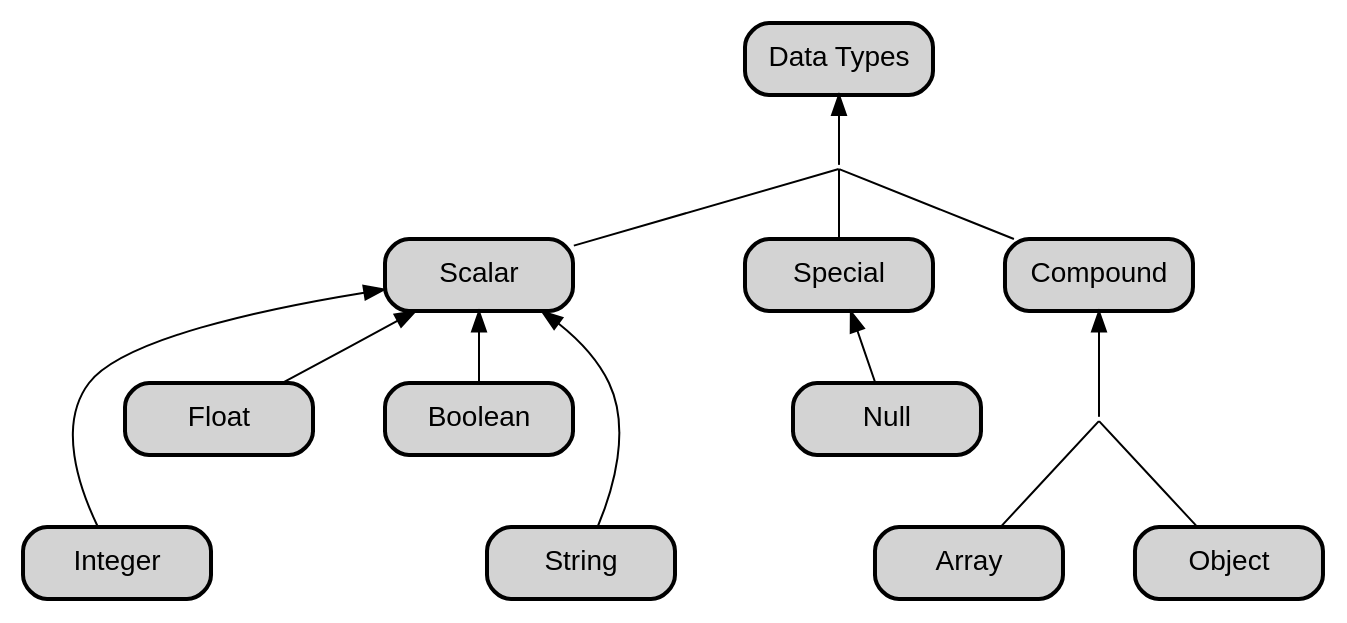
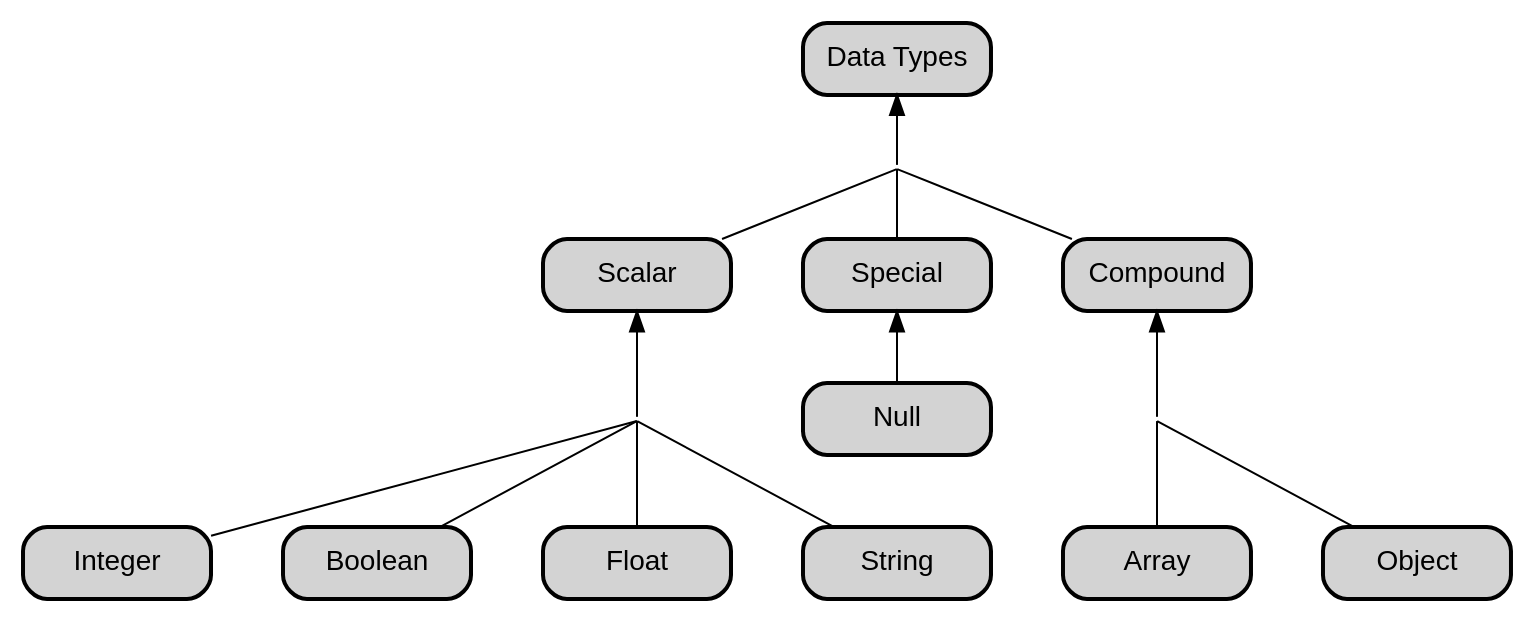
One commit to ifpb/php-guide changed the diagram in core/values-and-types/data-types.dot. Above: the diagram before and after it, drawn with Graphviz.

Commit message:
revertendo o gráfico

```diff
--- a/core/values-and-types/data-types.dot
+++ b/core/values-and-types/data-types.dot
@@ -1,18 +1,17 @@
 digraph Types {
 
   graph [nodesep=0.5]
   node  [style="rounded,filled,bold", shape=box, fixedsize=true, width=1.3, fontname="Arial"]
   edge  [dir=back]
   types [label="Data Types"]
   
   { p0, p1, p2, p3 [width=0, shape=point, style=invis] }
 
   types -> p0;
   p0 -> { Scalar, Special, Compound } [dir=none]
   Special -> Null
-  Scalar -> { Integer, Boolean, Float, String}
-  Boolean -> String [style=invis]
-  Float -> Integer [style=invis]
+  Scalar -> p1
+  p1 -> { Integer, Boolean, Float, String} [dir=none]
   Compound -> p3
   p3 -> { Array, Object } [dir=none]
 }
```
